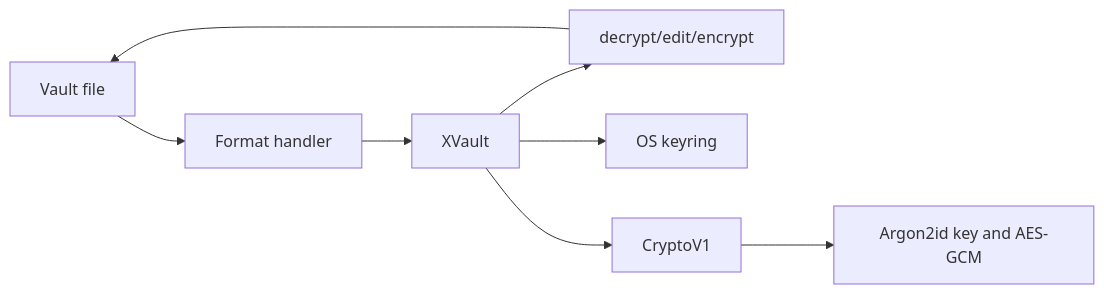
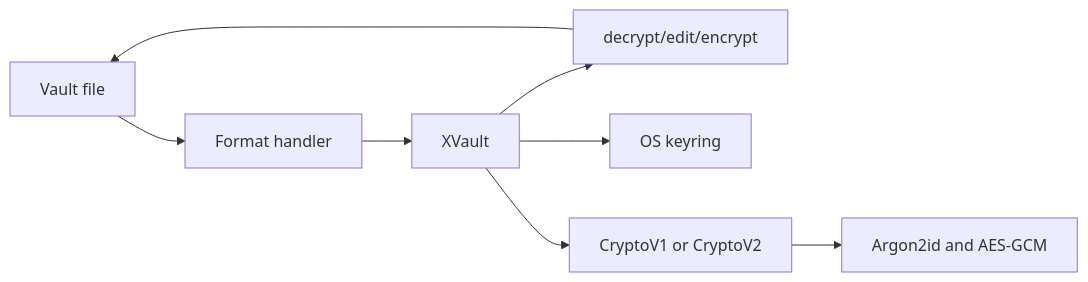
The diagram in docs/internals.md (marcdp/xvault), drawn with Mermaid before and after one commit. The commit also changed other lines of this file and 23 other files, not shown here.

````diff
--- a/docs/internals.md
+++ b/docs/internals.md
@@ -11,10 +11,10 @@
 ```mermaid
 flowchart LR
   F[Vault file] --> H[Format handler]
   H --> X[XVault]
   X --> E[decrypt/edit/encrypt]
   X --> K[OS keyring]
-  X --> C[CryptoV1]
-  C --> A[Argon2id key and AES-GCM]
+  X --> C[CryptoV1 or CryptoV2]
+  C --> A[Argon2id and AES-GCM]
   E --> F
 ```
````
